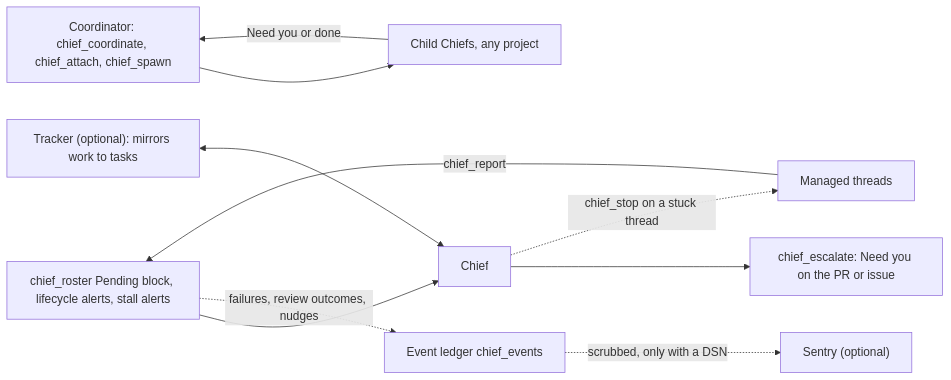
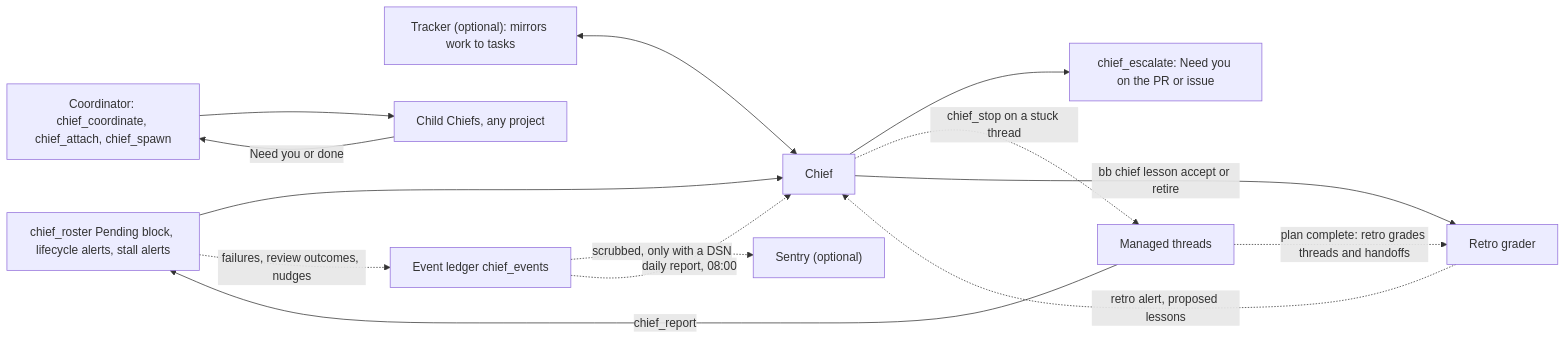
Before and after one commit to hohaivu/bb-plugin-chief: the second of 2 diagrams in docs/software-factory.md, drawn with Mermaid. The commit also changed other lines of this file and 4 other files, not shown here.

First line of the commit message:
Docs: observability spec for completion evidence, daily report, retro grader and lesson gate (waves 2-3)

````diff
--- a/docs/software-factory.md
+++ b/docs/software-factory.md
@@ -118,12 +118,16 @@
 ```mermaid
 flowchart LR
   Roster["chief_roster Pending block, lifecycle alerts, stall alerts"] --> Chief
   Tracker["Tracker (optional): mirrors work to tasks"] <--> Chief
   Chief --> Escalate["chief_escalate: Need you on the PR or issue"]
   Coordinator["Coordinator: chief_coordinate, chief_attach, chief_spawn"] --> Child["Child Chiefs, any project"]
   Child -- "Need you or done" --> Coordinator
   Chief -. "chief_stop on a stuck thread" .-> Threads["Managed threads"]
   Threads -- "chief_report" --> Roster
   Roster -. "failures, review outcomes, nudges" .-> Ledger["Event ledger chief_events"]
   Ledger -. "scrubbed, only with a DSN" .-> Sentry["Sentry (optional)"]
+  Ledger -. "daily report, 08:00" .-> Chief
+  Threads -. "plan complete: retro grades threads and handoffs" .-> Retro["Retro grader"]
+  Retro -. "retro alert, proposed lessons" .-> Chief
+  Chief -- "bb chief lesson accept or retire" --> Retro
 ```
````
